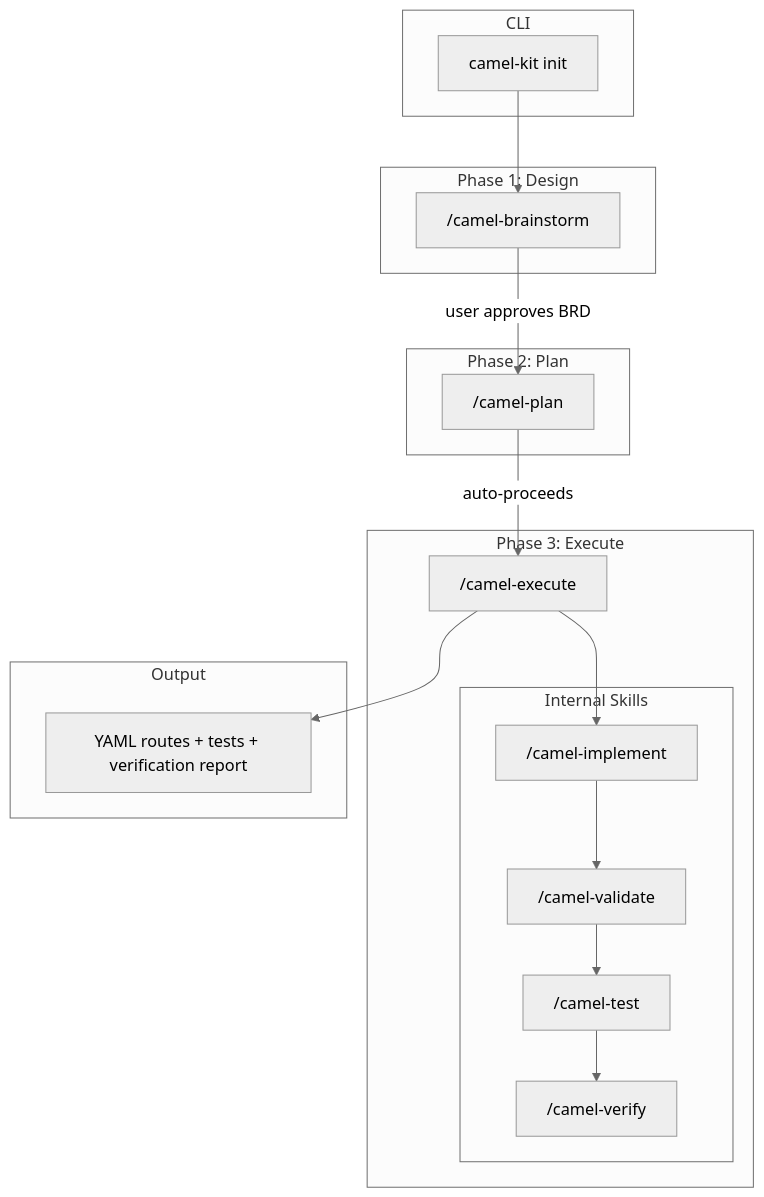
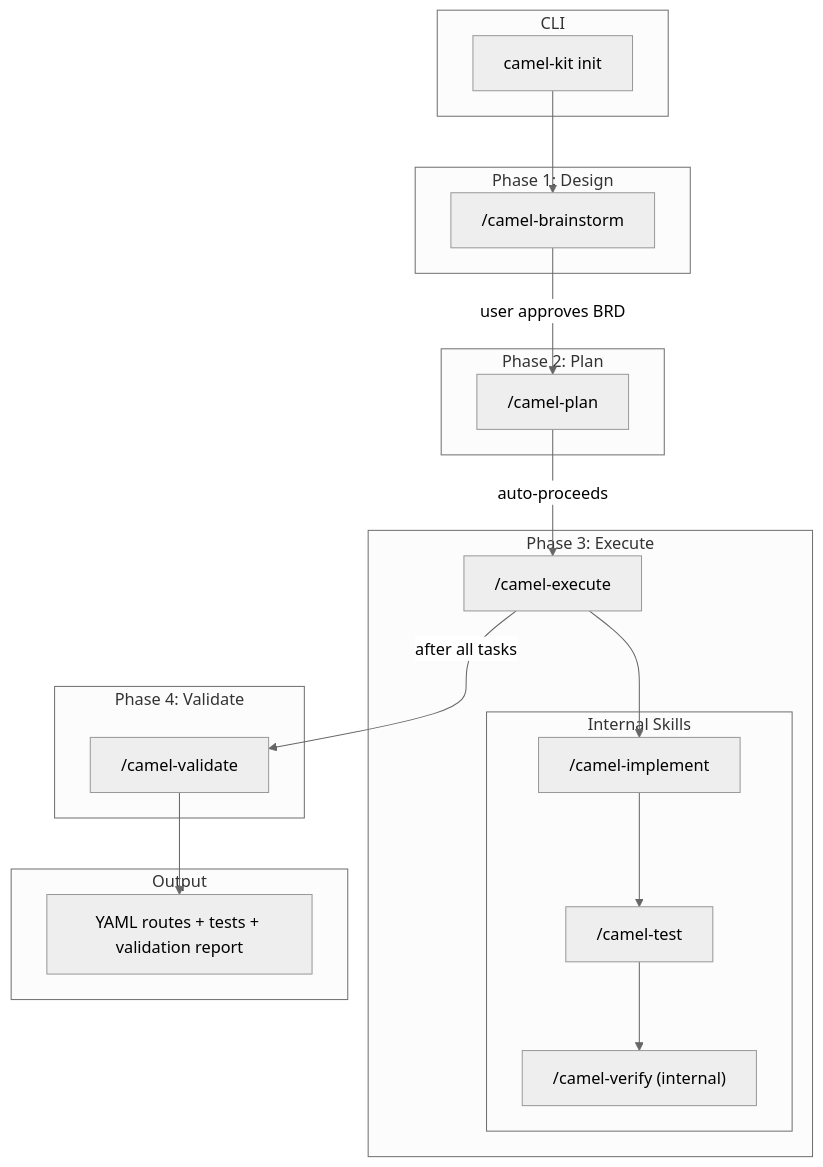
One commit to luigidemasi/camel-kit changed the third of 3 diagrams in docs/user-guide.md. Above: the diagram before and after it, drawn with Mermaid (neutral theme). The commit also changed other lines of this file and 14 other files, not shown here.

First line of the commit message:
fix #63: promote validate to Tier 1, internalize verify as subagent-only

````diff
--- a/docs/user-guide.md
+++ b/docs/user-guide.md
@@ -204,30 +204,33 @@
 ```mermaid
 flowchart TB
     subgraph CLI
         A["camel-kit init"]
     end
     subgraph "Phase 1: Design"
         B["/camel-brainstorm"]
     end
     subgraph "Phase 2: Plan"
         C["/camel-plan"]
     end
     subgraph "Phase 3: Execute"
         D["/camel-execute"]
         subgraph "Internal Skills"
             I["/camel-implement"]
-            V["/camel-validate"]
             T["/camel-test"]
-            R["/camel-verify"]
+            R["/camel-verify (internal)"]
         end
     end
+    subgraph "Phase 4: Validate"
+        VF["/camel-validate"]
+    end
     subgraph Output
-        E["YAML routes + tests + verification report"]
+        E["YAML routes + tests + validation report"]
     end
 
     A --> B
     B -->|"user approves BRD"| C
     C -->|"auto-proceeds"| D
-    D --> I --> V --> T --> R
-    D --> E
+    D --> I --> T --> R
+    D -->|"after all tasks"| VF
+    VF --> E
 ```
````
